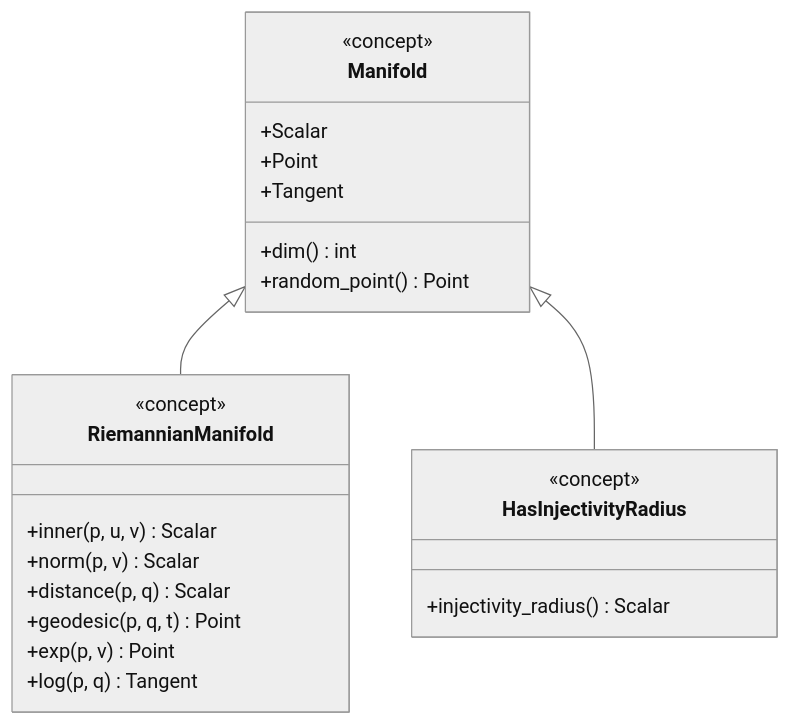
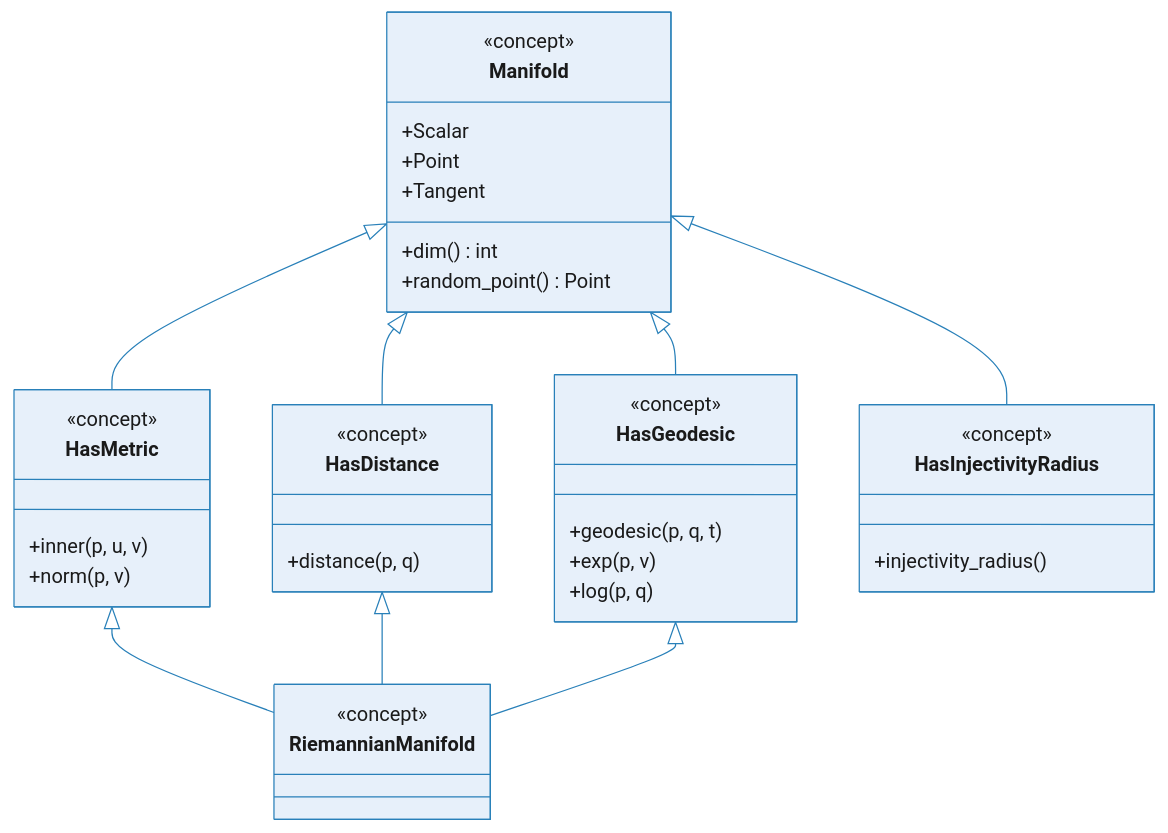
One commit to utiasSTARS/geodex changed the first of 3 diagrams in docs/concepts/index.rst. Above: the diagram before and after it, drawn with Mermaid. The commit also changed other lines of this file and 4 other files, not shown here.

```diff
--- a/docs/concepts/index.rst
+++ b/docs/concepts/index.rst
@@ -75,32 +86,49 @@
 .. mermaid::
 
-   %%{init: {"theme": "neutral"}}%%
+   %%{init: {'theme':'base','themeVariables':{'primaryColor':'#e7f0fa','primaryTextColor':'#1a1a1a','primaryBorderColor':'#2980b9','lineColor':'#2980b9','secondaryColor':'#e7f0fa','tertiaryColor':'#f7fbfe','background':'transparent'}}}%%
    classDiagram
        direction TB
 
        class Manifold {
            <<concept>>
            +Scalar
            +Point
            +Tangent
            +dim() int
            +random_point() Point
        }
 
-       class RiemannianManifold {
+       class HasMetric {
            <<concept>>
-           +inner(p, u, v) Scalar
-           +norm(p, v) Scalar
-           +distance(p, q) Scalar
-           +geodesic(p, q, t) Point
-           +exp(p, v) Point
-           +log(p, q) Tangent
+           +inner(p, u, v)
+           +norm(p, v)
+       }
+
+       class HasDistance {
+           <<concept>>
+           +distance(p, q)
+       }
+
+       class HasGeodesic {
+           <<concept>>
+           +geodesic(p, q, t)
+           +exp(p, v)
+           +log(p, q)
        }
 
        class HasInjectivityRadius {
            <<concept>>
-           +injectivity_radius() Scalar
+           +injectivity_radius()
        }
 
-       Manifold <|-- RiemannianManifold
+       class RiemannianManifold {
+           <<concept>>
+       }
+
+       Manifold <|-- HasMetric
+       Manifold <|-- HasDistance
+       Manifold <|-- HasGeodesic
        Manifold <|-- HasInjectivityRadius
+       HasMetric <|-- RiemannianManifold
+       HasDistance <|-- RiemannianManifold
+       HasGeodesic <|-- RiemannianManifold
```
